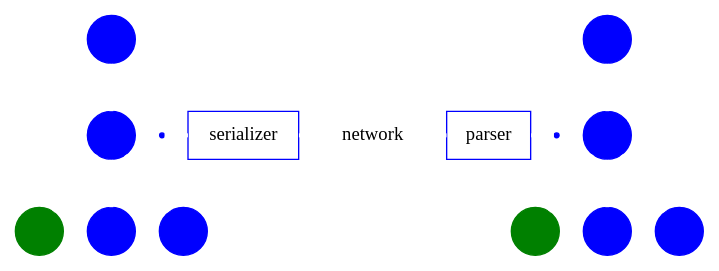
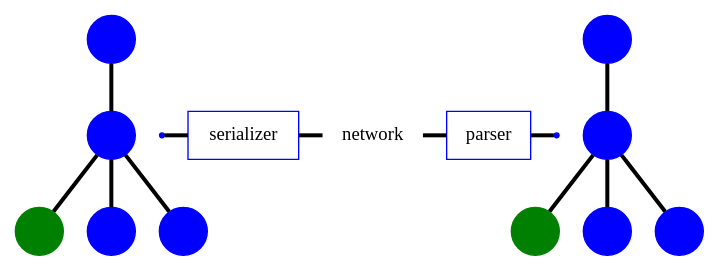
The second of 3 diagrams in 2013-eurucamp/presentation.md (plexus/conf-talks), drawn with Graphviz before and after one commit. The commit also changed other lines of this file and 30 other files, not shown here.

````diff
--- a/2013-eurucamp/presentation.md
+++ b/2013-eurucamp/presentation.md
@@ -385,38 +210,38 @@
 ```dot
 digraph commmunication {
-  edge[dir=none color=white penwidth=3]
+  edge[dir=none color=black penwidth=3]
   node[label="" shape=circle color=blue style=filled]
 
   z1[color=green];
   c[color=green];
 
   subgraph sub_0 {
     x1 -> y1 -> z1;
     y1 -> z2;
     y1 -> z3;
   }
 
   subgraph sub_1 {
     rankdir=LR;
     rank=same;
     node[shape=point];
     serializer[label=serializer shape=box fillcolor=white];
     network[label=network shape=none fillcolor=none];
     parser[label=parser shape=box fillcolor=white];
     aa -> serializer -> network -> parser -> bb;
   }
 
   subgraph sub_2 {
     a -> b -> c;
     b -> d;
     b -> e;
   }
 
   subgraph sub_3 {
     rank="same";
     edge[style="invisible",dir="none"];
     y1 -> aa;
     bb -> b;
   }
 }
 ```
````
